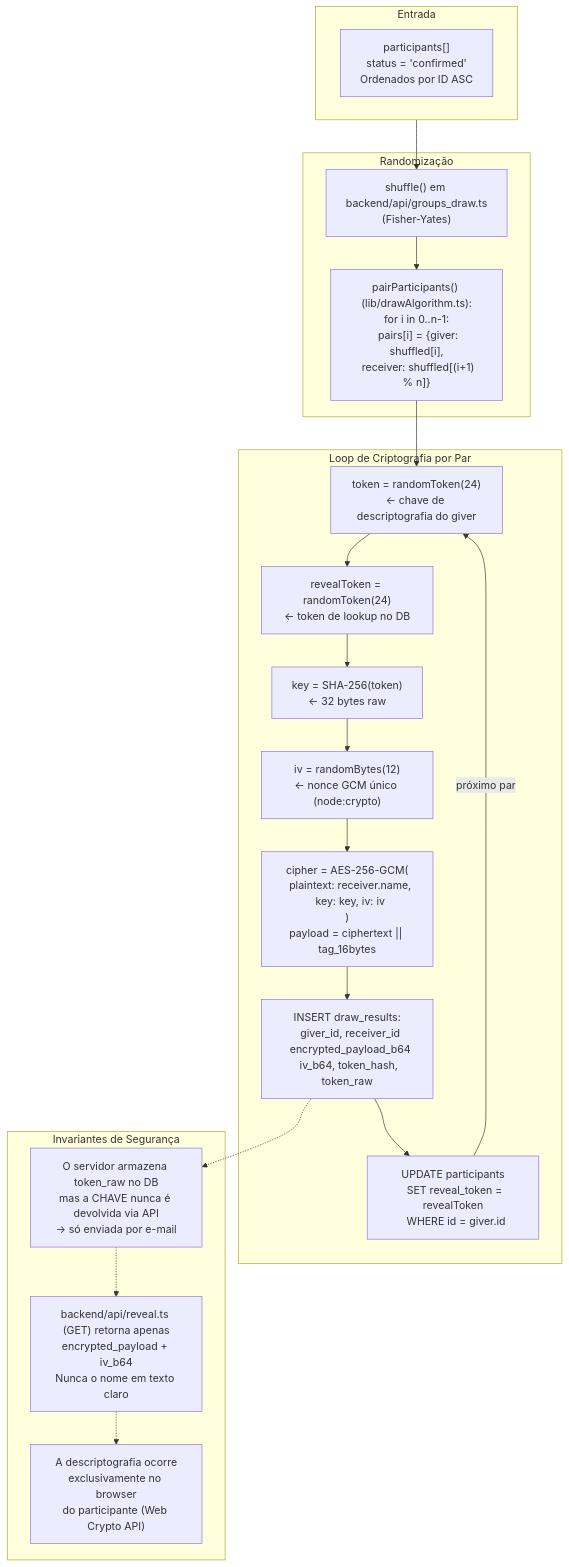
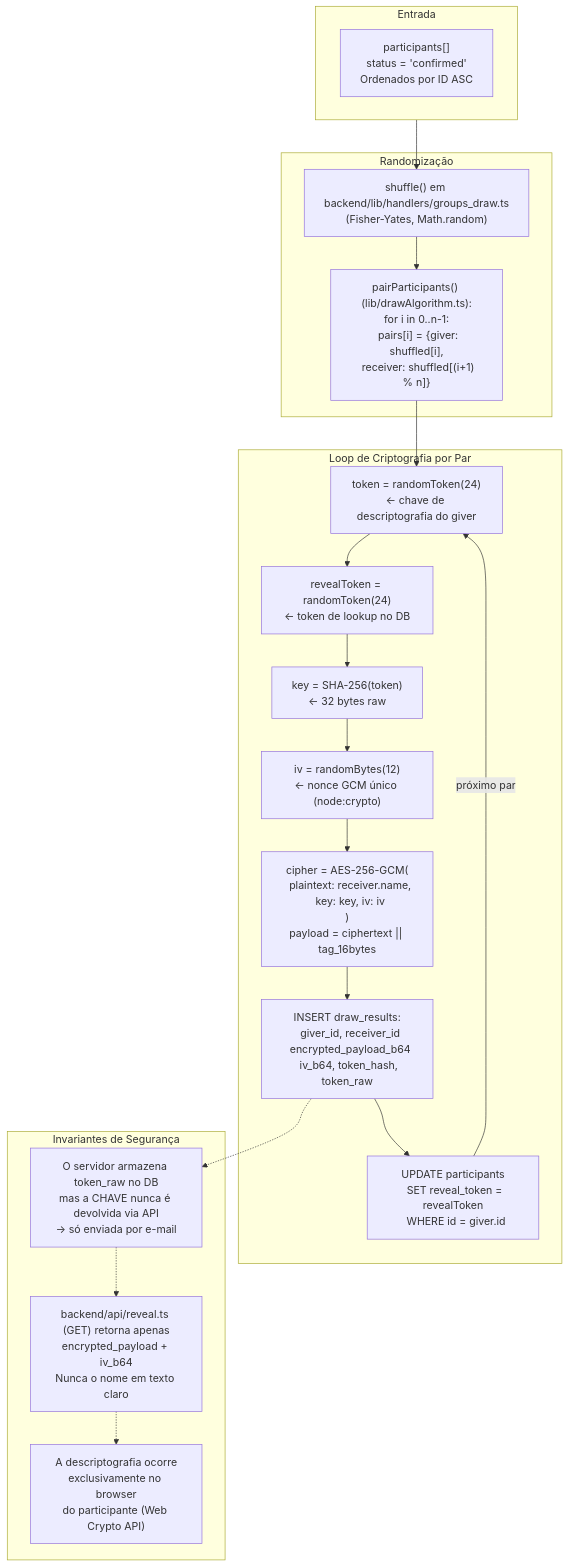
Before and after one commit to charines/AmigoSecreto: the third of 5 diagrams in docs/modules/juiz_sorteio.md, drawn with Mermaid. The commit also changed other lines of this file and 13 other files, not shown here.

First line of the commit message:
refactor(backend): extrair getInvite, getReveal e runDraw para lib/handlers

````diff
--- a/docs/modules/juiz_sorteio.md
+++ b/docs/modules/juiz_sorteio.md
@@ -150,34 +151,34 @@
 ```mermaid
 flowchart TD
     subgraph INPUT["Entrada"]
         PARTS["participants[]\nstatus = 'confirmed'\nOrdenados por ID ASC"]
     end
 
     subgraph SHUFFLE["Randomização"]
-        SH1["shuffle() em backend/api/groups_draw.ts\n(Fisher-Yates)"]
+        SH1["shuffle() em backend/lib/handlers/groups_draw.ts\n(Fisher-Yates, Math.random)"]
         SH2["pairParticipants() (lib/drawAlgorithm.ts):\nfor i in 0..n-1:\n  pairs[i] = {giver: shuffled[i],\n  receiver: shuffled[(i+1) % n]}"]
     end
 
     subgraph CRYPTO_LOOP["Loop de Criptografia por Par"]
         C1["token = randomToken(24)\n← chave de descriptografia do giver"]
         C2["revealToken = randomToken(24)\n← token de lookup no DB"]
         C3["key = SHA-256(token)\n← 32 bytes raw"]
         C4["iv = randomBytes(12)\n← nonce GCM único (node:crypto)"]
         C5["cipher = AES-256-GCM(\n  plaintext: receiver.name,\n  key: key, iv: iv\n)\npayload = ciphertext || tag_16bytes"]
         C6["INSERT draw_results:\n  giver_id, receiver_id\n  encrypted_payload_b64\n  iv_b64, token_hash, token_raw"]
         C7["UPDATE participants\n  SET reveal_token = revealToken\n  WHERE id = giver.id"]
     end
 
     subgraph INVARIANTS["Invariantes de Segurança"]
         INV1["O servidor armazena token_raw no DB\nmas a CHAVE nunca é devolvida via API\n→ só enviada por e-mail"]
         INV2["backend/api/reveal.ts (GET) retorna apenas\nencrypted_payload + iv_b64\nNunca o nome em texto claro"]
         INV3["A descriptografia ocorre\nexclusivamente no browser\ndo participante (Web Crypto API)"]
     end
 
     INPUT --> SH1 --> SH2
     SH2 --> C1 --> C2 --> C3 --> C4 --> C5 --> C6 --> C7
     C7 -->|"próximo par"| C1
     C6 -.-> INV1
     INV1 -.-> INV2
     INV2 -.-> INV3
 ```
````
